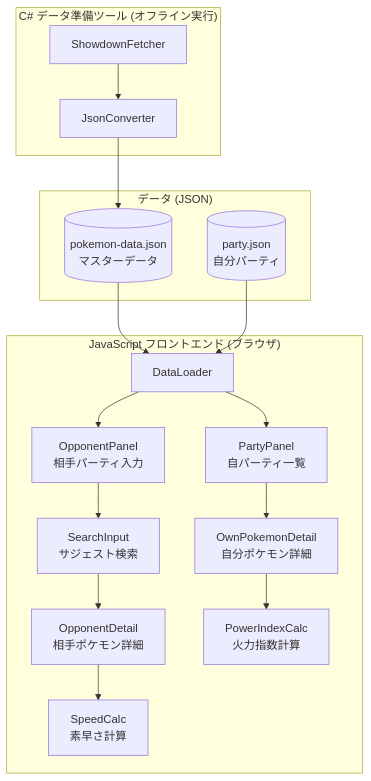
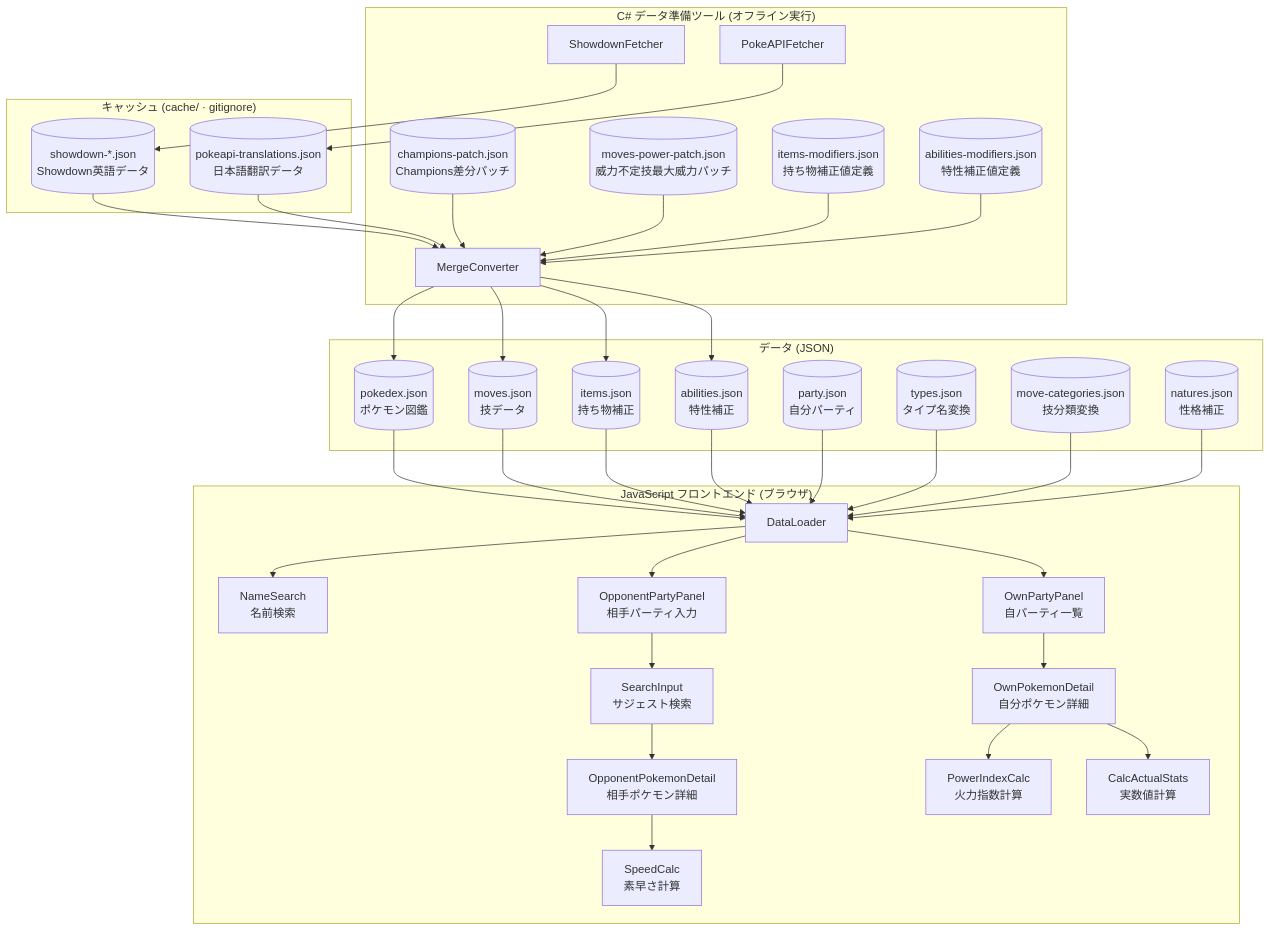
One commit to 7mgxk5856x-alt/pokelens changed the first of 4 diagrams in docs/functional-design.md. Above: the diagram before and after it, drawn with Mermaid. The commit also changed other lines of this file and 8 other files, not shown here.

````diff
--- a/docs/functional-design.md
+++ b/docs/functional-design.md
@@ -5,34 +5,68 @@
 ```mermaid
 graph TB
     subgraph C#ツール["C# データ準備ツール (オフライン実行)"]
         Fetcher[ShowdownFetcher]
-        Converter[JsonConverter]
+        PokeAPIFetcher[PokeAPIFetcher]
+        Converter[MergeConverter]
+        Patch[(champions-patch.json<br/>Champions差分パッチ)]
+        MovesPowerPatch[(moves-power-patch.json<br/>威力不定技最大威力パッチ)]
+        ItemsModifiers[(items-modifiers.json<br/>持ち物補正値定義)]
+        AbilitiesModifiers[(abilities-modifiers.json<br/>特性補正値定義)]
+    end
+
+    subgraph キャッシュ["キャッシュ (cache/ · gitignore)"]
+        ShowdownCache[(showdown-*.json<br/>Showdown英語データ)]
+        PokeApiCache[(pokeapi-translations.json<br/>日本語翻訳データ)]
     end
 
     subgraph データ["データ (JSON)"]
-        PokemonData[(pokemon-data.json\nマスターデータ)]
-        PartyData[(party.json\n自分パーティ)]
+        Pokedex[(pokedex.json<br/>ポケモン図鑑)]
+        Moves[(moves.json<br/>技データ)]
+        Items[(items.json<br/>持ち物補正)]
+        Abilities[(abilities.json<br/>特性補正)]
+        PartyData[(party.json<br/>自分パーティ)]
+        TypeNames[(types.json<br/>タイプ名変換)]
+        MoveCategories[(move-categories.json<br/>技分類変換)]
+        Natures[(natures.json<br/>性格補正)]
     end
 
     subgraph JS["JavaScript フロントエンド (ブラウザ)"]
         DataLoader[DataLoader]
-        PartyPanel[PartyPanel\n自パーティ一覧]
-        OwnDetail[OwnPokemonDetail\n自分ポケモン詳細]
-        OpponentPanel[OpponentPanel\n相手パーティ入力]
-        OpponentDetail[OpponentDetail\n相手ポケモン詳細]
-        SearchInput[SearchInput\nサジェスト検索]
-        PowerCalc[PowerIndexCalc\n火力指数計算]
-        SpeedCalc[SpeedCalc\n素早さ計算]
+        NameSearch[NameSearch<br/>名前検索]
+        CalcActualStats[CalcActualStats<br/>実数値計算]
+        OpponentPartyPanel[OpponentPartyPanel<br/>相手パーティ入力]
+        OpponentPokemonDetail[OpponentPokemonDetail<br/>相手ポケモン詳細]
+        SearchInput[SearchInput<br/>サジェスト検索]
+        SpeedCalc[SpeedCalc<br/>素早さ計算]
+        OwnPartyPanel[OwnPartyPanel<br/>自パーティ一覧]
+        OwnPokemonDetail[OwnPokemonDetail<br/>自分ポケモン詳細]
+        PowerCalc[PowerIndexCalc<br/>火力指数計算]
     end
 
-    Fetcher --> Converter --> PokemonData
-    PokemonData --> DataLoader
+    Fetcher --> ShowdownCache
+    PokeAPIFetcher --> PokeApiCache
+    ShowdownCache --> Converter
+    PokeApiCache --> Converter
+    Patch --> Converter
+    MovesPowerPatch --> Converter
+    ItemsModifiers --> Converter
+    AbilitiesModifiers --> Converter
+    Converter --> Pokedex & Moves & Items & Abilities
+    Pokedex --> DataLoader
+    Moves --> DataLoader
+    Items --> DataLoader
+    Abilities --> DataLoader
+    TypeNames --> DataLoader
+    MoveCategories --> DataLoader
+    Natures --> DataLoader
     PartyData --> DataLoader
-    DataLoader --> PartyPanel
-    DataLoader --> OpponentPanel
-    PartyPanel --> OwnDetail
-    OwnDetail --> PowerCalc
-    OpponentPanel --> SearchInput
-    SearchInput --> OpponentDetail
-    OpponentDetail --> SpeedCalc
+    DataLoader --> NameSearch
+    DataLoader --> OpponentPartyPanel
+    DataLoader --> OwnPartyPanel
+    OpponentPartyPanel --> SearchInput
+    SearchInput --> OpponentPokemonDetail
+    OpponentPokemonDetail --> SpeedCalc
+    OwnPartyPanel --> OwnPokemonDetail
+    OwnPokemonDetail --> PowerCalc
+    OwnPokemonDetail --> CalcActualStats
 ```
````
